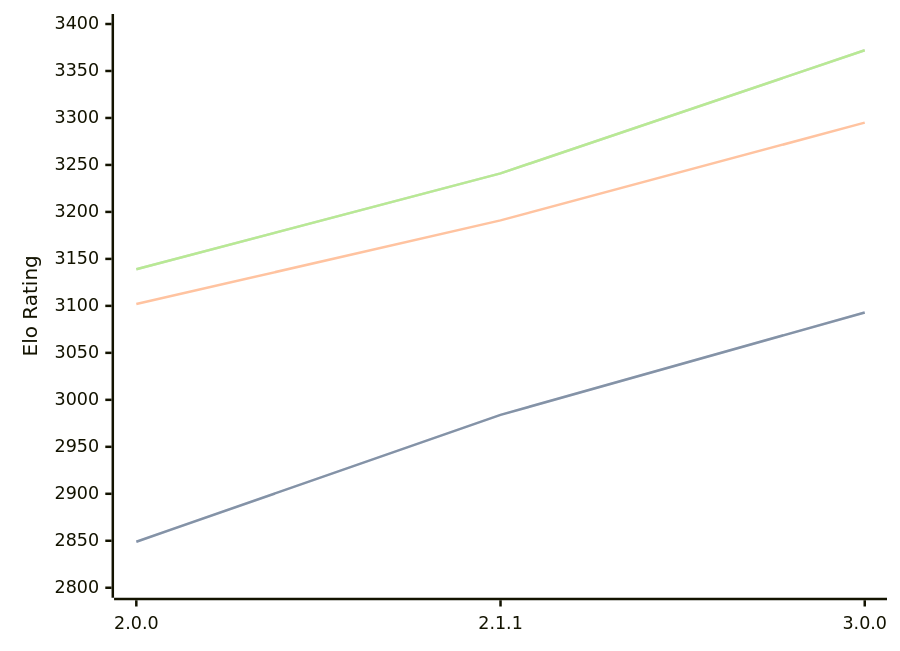
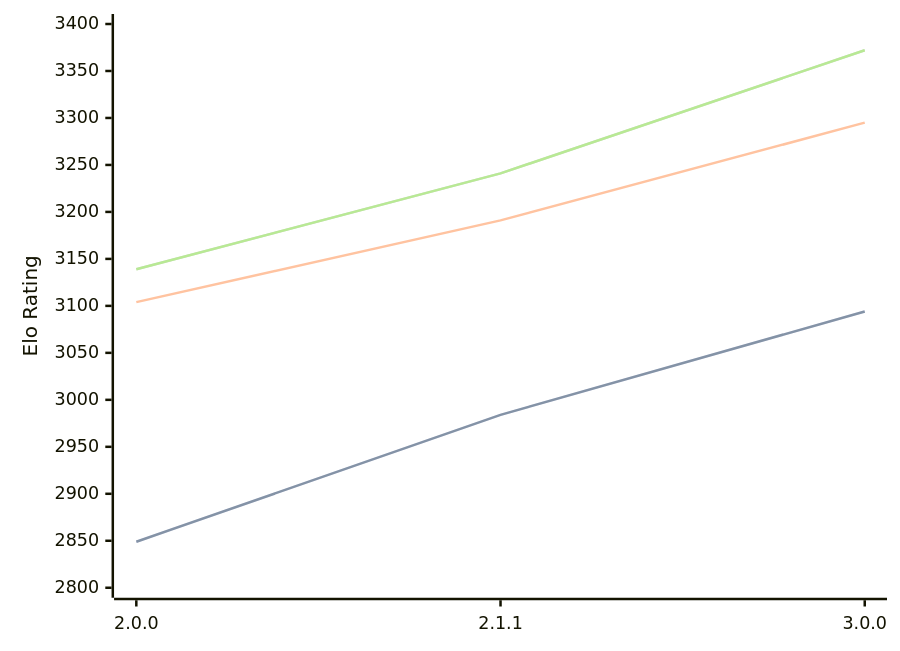
Before and after one commit to computer-chess-index/cci: the diagram in engines/Bread.md, drawn with Mermaid. The commit also changed other lines of this file, not shown here.

````diff
--- a/engines/Bread.md
+++ b/engines/Bread.md
@@ -53,11 +53,11 @@
 ```mermaid
 %%{init: {"theme":"base","themeVariables":{"seriesColors:['#a3a3a3','#222221','#faa371']}}}%%
 xychart-beta
   x-axis ["2.0.0", "2.1.1", "3.0.0"]
   y-axis "Elo Rating" 2800 --> 3400
-  line "STC (8.0+0.08s)" [2849, 2984, 3093]
-  line "STC (8.0+0.08s)" [2849, 2984, 3093]
-  line "LTC (60.0+0.60s)" [3102, 3191, 3295]
+  line "STC (8.0+0.08s)" [2849, 2984, 3094]
+  line "STC (8.0+0.08s)" [2849, 2984, 3094]
+  line "LTC (60.0+0.60s)" [3104, 3191, 3295]
   line "VLTC (2m24s+1.12s)" [3139, 3241, 3372]
   line "VLTC (2m24s+1.12s)" [3139, 3241, 3372]
 ```
````
